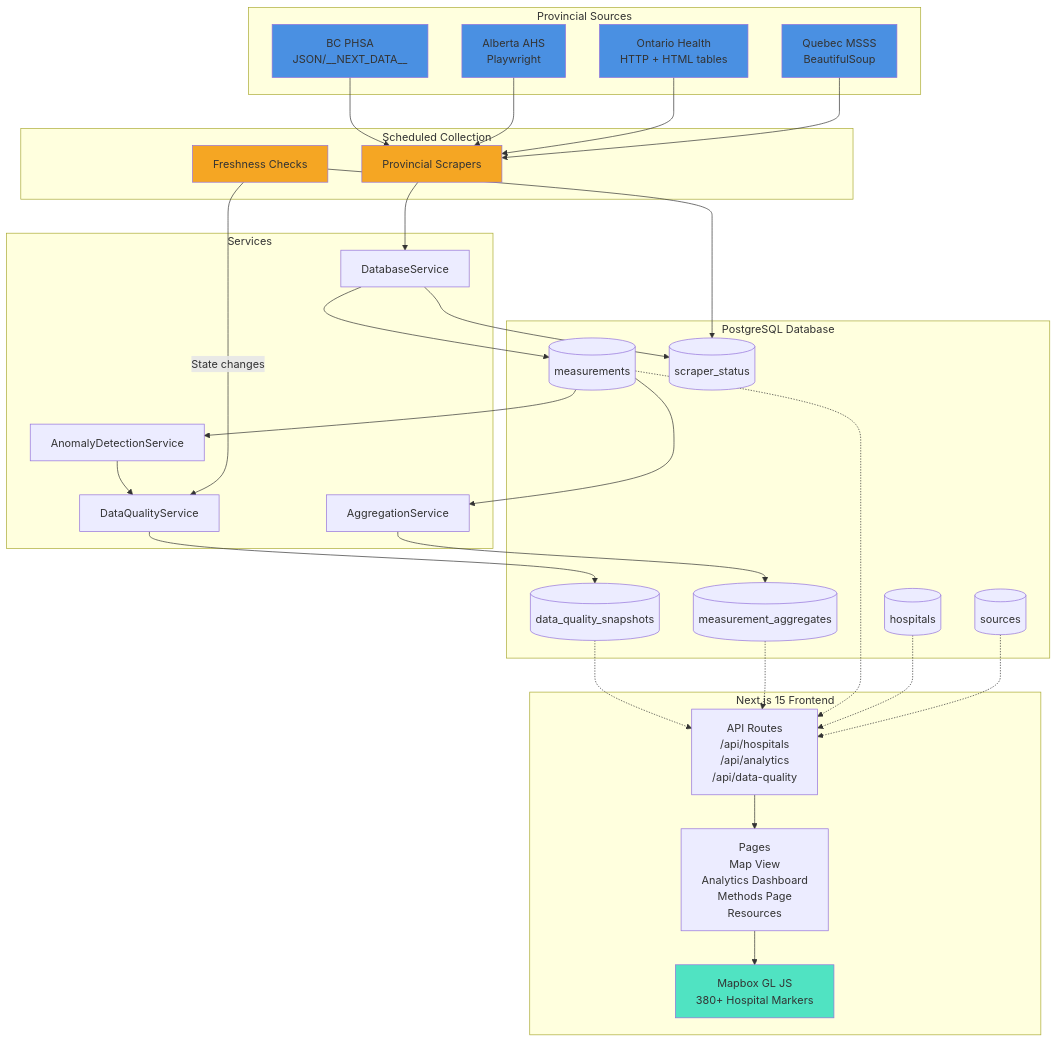
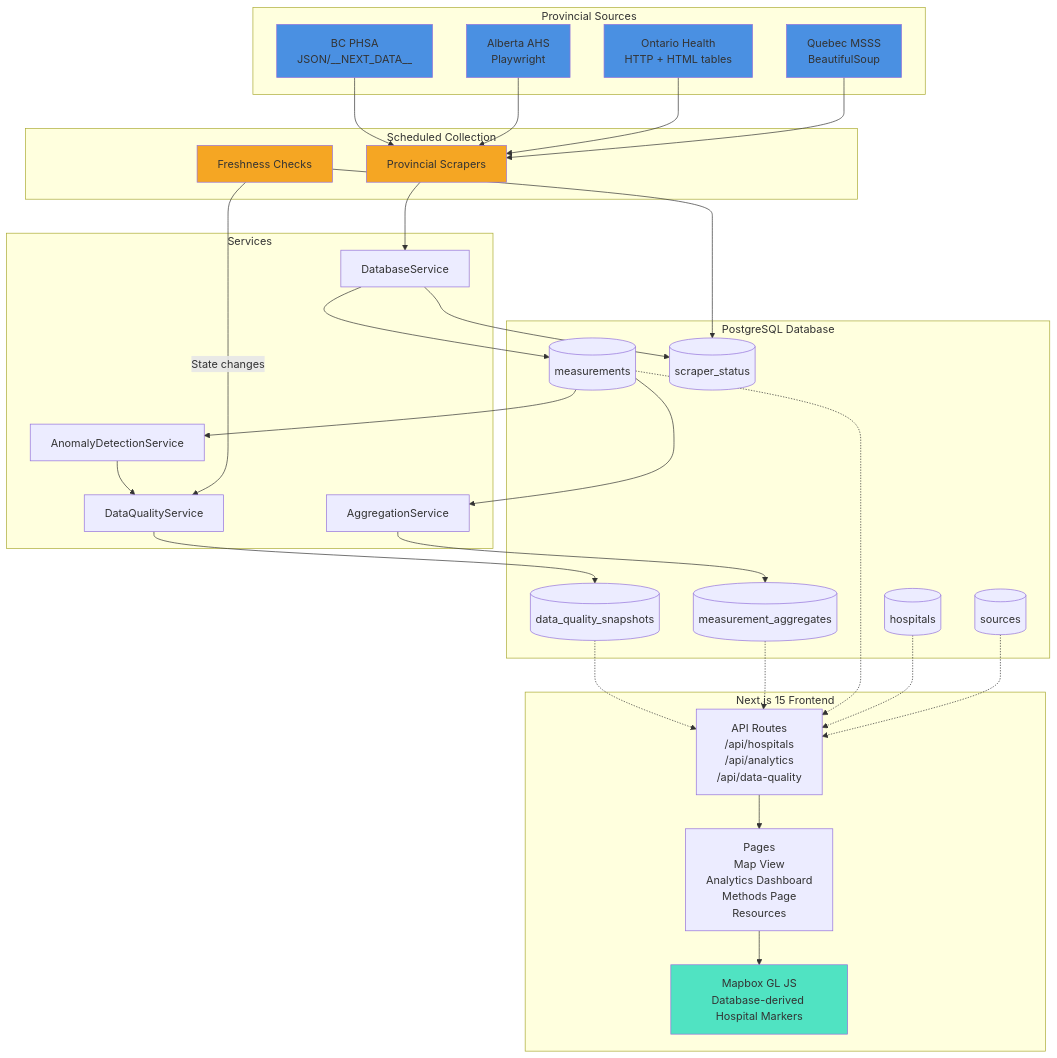
Before and after one commit to jerdaw/waittimecanada: the diagram in README.md, drawn with Mermaid. The commit also changed other lines of this file and 34 other files, not shown here.

````diff
--- a/README.md
+++ b/README.md
@@ -129,72 +138,72 @@
 ```mermaid
 graph TD
     subgraph "Provincial Sources"
         QC[Quebec MSSS<br/>BeautifulSoup]
         ON[Ontario Health<br/>HTTP + HTML tables]
         AB[Alberta AHS<br/>Playwright]
         BC[BC PHSA<br/>JSON/__NEXT_DATA__]
     end
 
     subgraph "Scheduled Collection"
         CRON[Provincial Scrapers]
         HB[Freshness Checks]
     end
 
     subgraph "PostgreSQL Database"
         SOURCES[(sources)]
         HOSPITALS[(hospitals)]
         MEASUREMENTS[(measurements)]
         AGGREGATES[(measurement_aggregates)]
         QUALITY[(data_quality_snapshots)]
         STATUS[(scraper_status)]
     end
 
     subgraph "Next.js 15 Frontend"
         API[API Routes<br/>/api/hospitals<br/>/api/analytics<br/>/api/data-quality]
         PAGES[Pages<br/>Map View<br/>Analytics Dashboard<br/>Methods Page<br/>Resources]
-        MAP[Mapbox GL JS<br/>380+ Hospital Markers]
+        MAP[Mapbox GL JS<br/>Database-derived Hospital Markers]
     end
 
     subgraph "Services"
         DB_SVC[DatabaseService]
         AGG_SVC[AggregationService]
         DQ_SVC[DataQualityService]
         ANOM_SVC[AnomalyDetectionService]
     end
 
     QC --> CRON
     ON --> CRON
     AB --> CRON
     BC --> CRON
 
     CRON --> DB_SVC
     DB_SVC --> MEASUREMENTS
     DB_SVC --> STATUS
 
     HB --> STATUS
     HB -->|State changes| DQ_SVC
 
     MEASUREMENTS --> AGG_SVC
     AGG_SVC --> AGGREGATES
 
     MEASUREMENTS --> ANOM_SVC
     ANOM_SVC --> DQ_SVC
     DQ_SVC --> QUALITY
 
     SOURCES -.-> API
     HOSPITALS -.-> API
     MEASUREMENTS -.-> API
     AGGREGATES -.-> API
     QUALITY -.-> API
 
     API --> PAGES
     PAGES --> MAP
 
     style QC fill:#4A90E2
     style ON fill:#4A90E2
     style AB fill:#4A90E2
     style BC fill:#4A90E2
     style CRON fill:#F5A623
     style HB fill:#F5A623
     style MAP fill:#50E3C2
 ```
````
